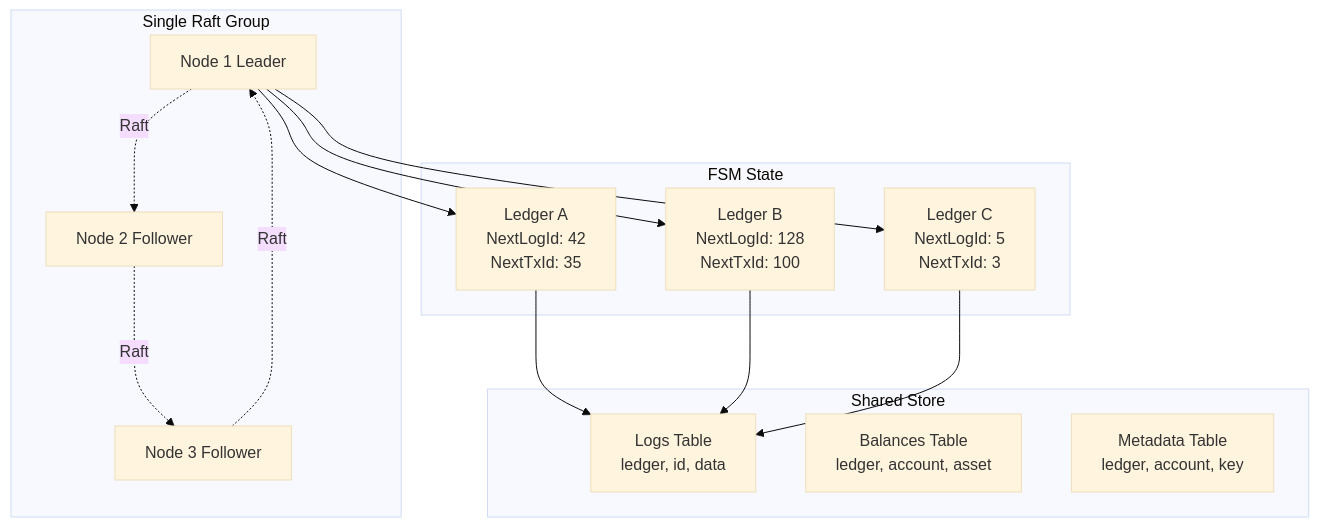
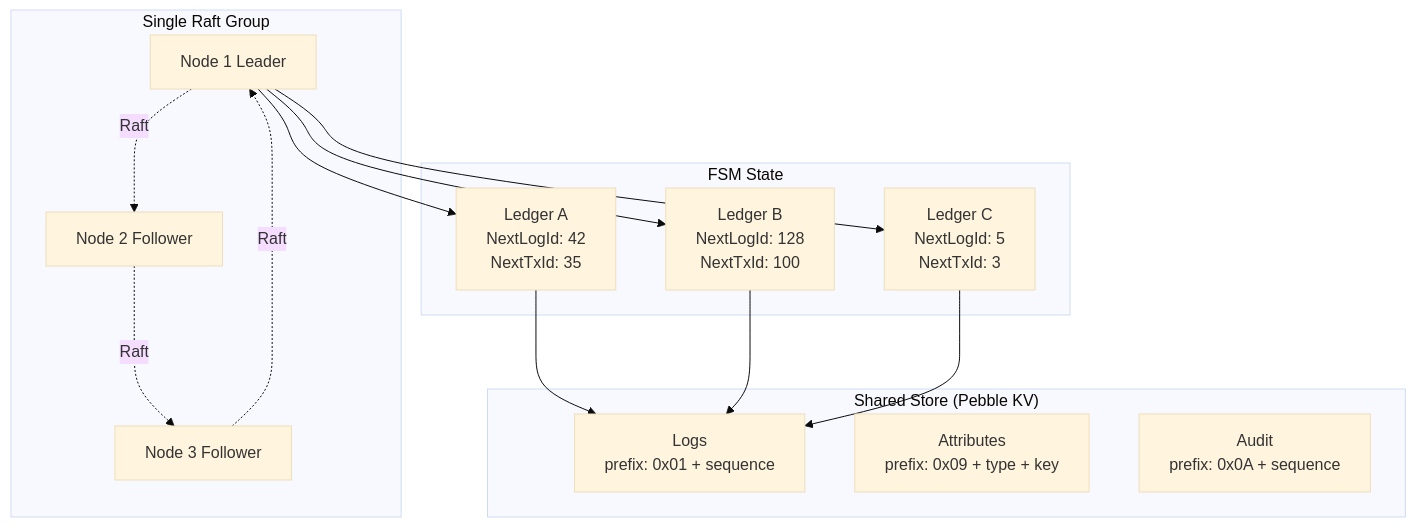
Before and after one commit to formancehq/ledger: the first of 4 diagrams in docs/architecture/buckets-ledgers.md, drawn with Mermaid (base theme). The commit also changed other lines of this file and 10 other files, not shown here.

First line of the commit message:
docs: fix outdated architecture documentation across 10 files

````diff
--- a/docs/architecture/buckets-ledgers.md
+++ b/docs/architecture/buckets-ledgers.md
@@ -9,32 +9,32 @@
 ```mermaid
 graph TB
     subgraph "Single Raft Group"
         N1[Node 1 Leader]
         N2[Node 2 Follower]
         N3[Node 3 Follower]
     end
     
     subgraph "FSM State"
         LedgerA[Ledger A<br/>NextLogId: 42<br/>NextTxId: 35]
         LedgerB[Ledger B<br/>NextLogId: 128<br/>NextTxId: 100]
         LedgerC[Ledger C<br/>NextLogId: 5<br/>NextTxId: 3]
     end
     
-    subgraph "Shared Store"
-        Logs[Logs Table<br/>ledger, id, data]
-        Balances[Balances Table<br/>ledger, account, asset]
-        Metadata[Metadata Table<br/>ledger, account, key]
+    subgraph "Shared Store (Pebble KV)"
+        Logs[Logs<br/>prefix: 0x01 + sequence]
+        Attributes[Attributes<br/>prefix: 0x09 + type + key]
+        Audit[Audit<br/>prefix: 0x0A + sequence]
     end
     
     N1 -.Raft.-> N2
     N2 -.Raft.-> N3
     N3 -.Raft.-> N1
     
     N1 --> LedgerA
     N1 --> LedgerB
     N1 --> LedgerC
     
     LedgerA --> Logs
     LedgerB --> Logs
     LedgerC --> Logs
 ```
````
